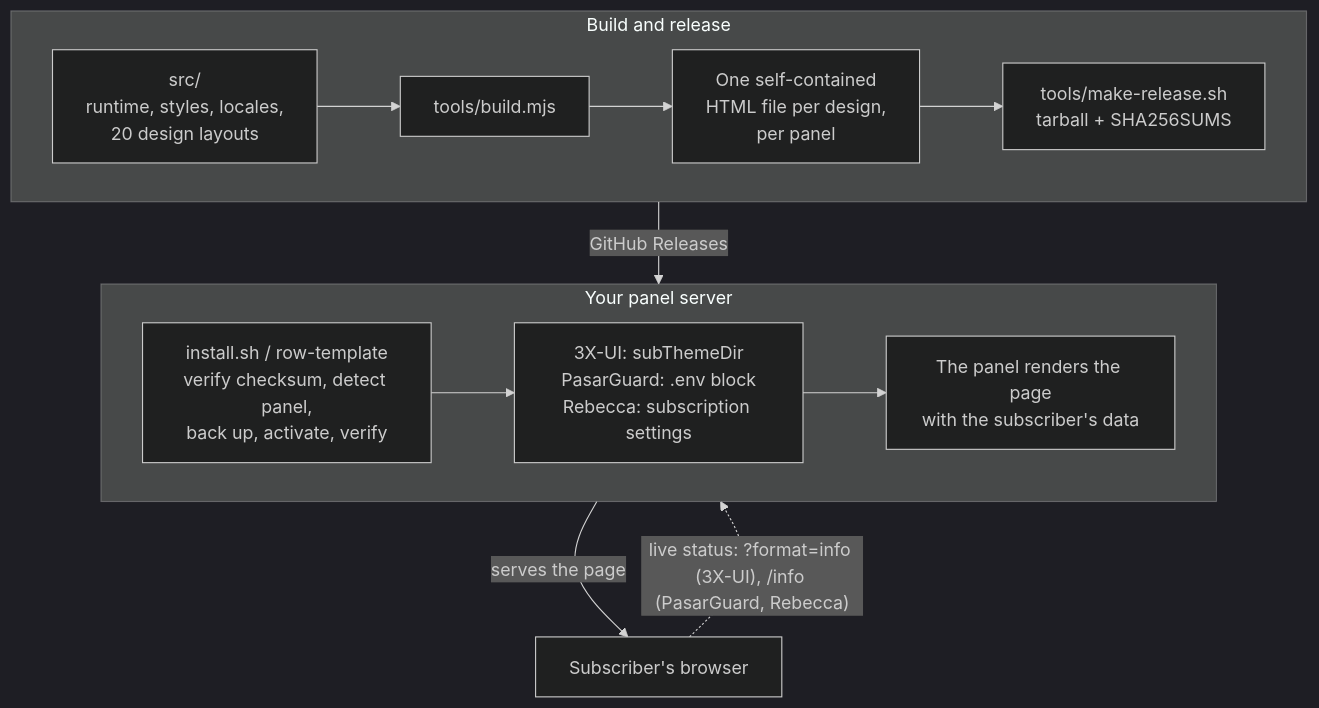
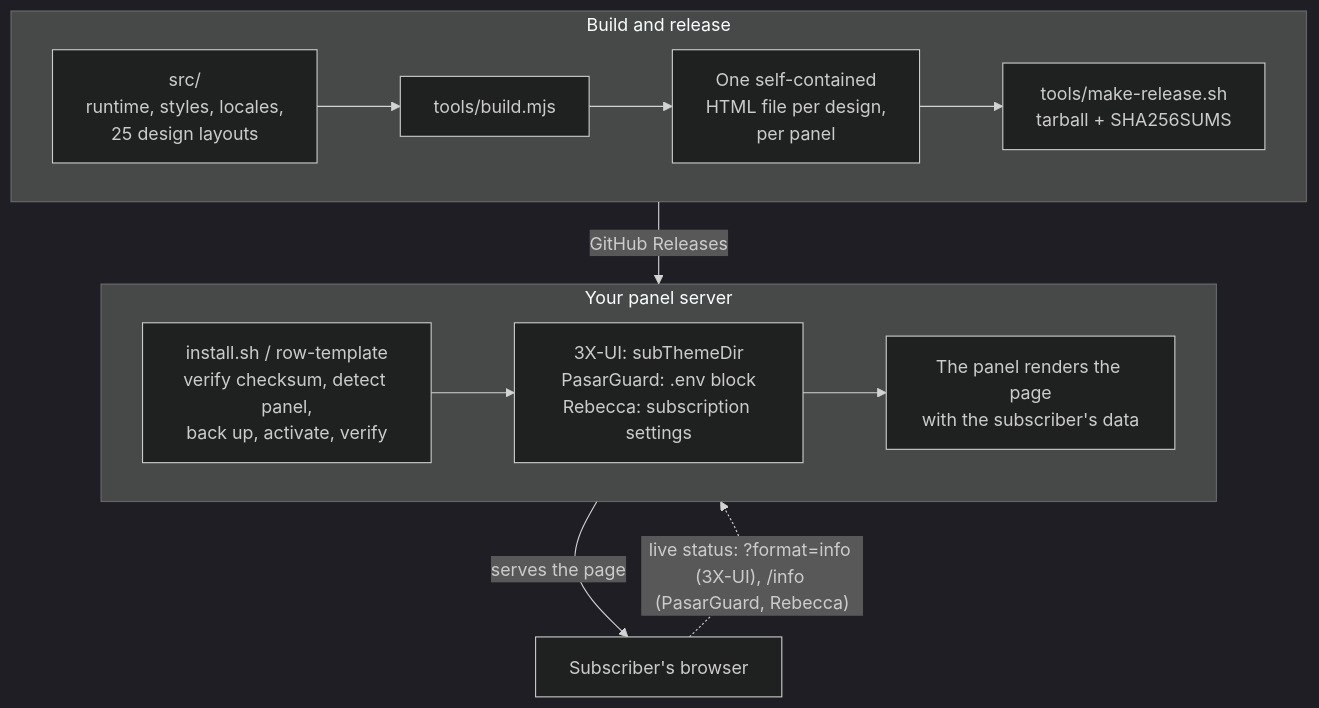
Before and after one commit to zarkmakerburg/Gold-Template: the diagram in README.md, drawn with Mermaid (dark theme). The commit also changed other lines of this file, not shown here.

````diff
--- a/README.md
+++ b/README.md
@@ -151,17 +161,17 @@
 ```mermaid
 flowchart TB
   subgraph build ["Build and release"]
     direction LR
-    SRC["src/<br/>runtime, styles, locales,<br/>20 design layouts"] --> BUILD["tools/build.mjs"]
+    SRC["src/<br/>runtime, styles, locales,<br/>25 design layouts"] --> BUILD["tools/build.mjs"]
     BUILD --> ART["One self-contained<br/>HTML file per design,<br/>per panel"]
     ART --> REL["tools/make-release.sh<br/>tarball + SHA256SUMS"]
   end
   subgraph host ["Your panel server"]
     direction LR
     INST["install.sh / row-template<br/>verify checksum, detect panel,<br/>back up, activate, verify"] --> DIR["3X-UI: subThemeDir<br/>PasarGuard: .env block<br/>Rebecca: subscription settings"]
     DIR --> XUI["The panel renders the page<br/>with the subscriber's data"]
   end
   build -- "GitHub Releases" --> host
   host -- "serves the page" --> BROWSER["Subscriber's browser"]
   BROWSER -. "live status: ?format=info (3X-UI), /info (PasarGuard, Rebecca)" .-> host
 ```
````
